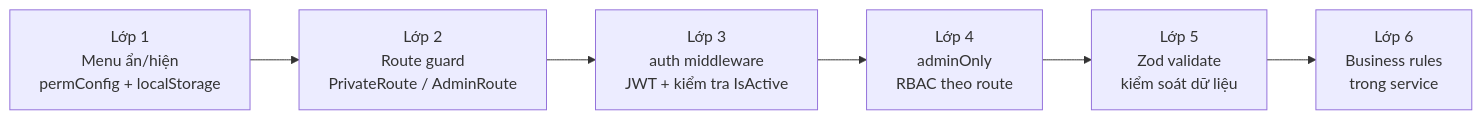
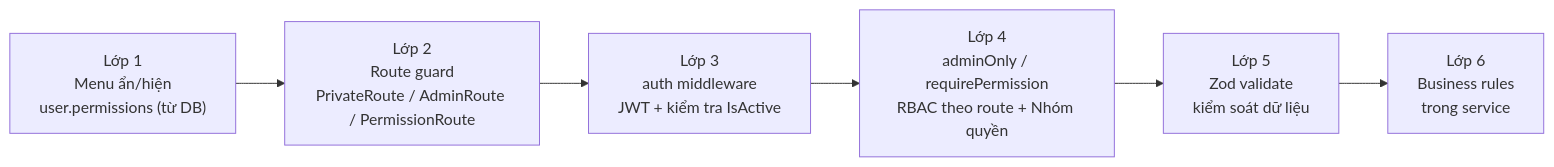
One commit to tranduchai9111994-BA/QLBDX changed the sixth of 6 diagrams in KIEN_TRUC_CHI_TIET.md. Above: the diagram before and after it, drawn with Mermaid. The commit also changed other lines of this file and 41 other files, not shown here.

````diff
--- a/KIEN_TRUC_CHI_TIET.md
+++ b/KIEN_TRUC_CHI_TIET.md
@@ -643,8 +641,8 @@
 ```mermaid
 flowchart LR
-    A["Lớp 1<br/>Menu ẩn/hiện<br/>permConfig + localStorage"] --> B["Lớp 2<br/>Route guard<br/>PrivateRoute / AdminRoute"]
+    A["Lớp 1<br/>Menu ẩn/hiện<br/>user.permissions (từ DB)"] --> B["Lớp 2<br/>Route guard<br/>PrivateRoute / AdminRoute / PermissionRoute"]
     B --> C["Lớp 3<br/>auth middleware<br/>JWT + kiểm tra IsActive"]
-    C --> D["Lớp 4<br/>adminOnly<br/>RBAC theo route"]
+    C --> D["Lớp 4<br/>adminOnly / requirePermission<br/>RBAC theo route + Nhóm quyền"]
     D --> E["Lớp 5<br/>Zod validate<br/>kiểm soát dữ liệu"]
     E --> F["Lớp 6<br/>Business rules<br/>trong service"]
 ```
````
